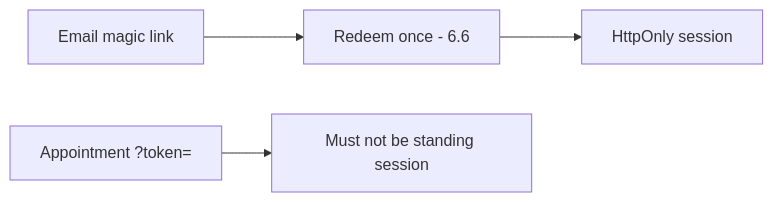
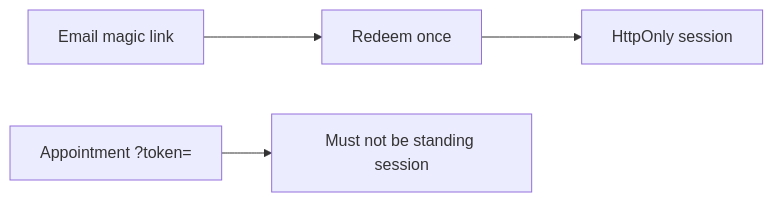
The diagram in content/modules/4/4.3/lessons/07-transfer.md (ishitvagoel/LearnSecurity), drawn with Mermaid before and after one commit. The commit also changed other lines of this file and 39 other files, not shown here.

````diff
--- a/content/modules/4/4.3/lessons/07-transfer.md
+++ b/content/modules/4/4.3/lessons/07-transfer.md
@@ -26,6 +25,6 @@
 ```mermaid
 flowchart LR
-  Mail[Email magic link] --> Once["Redeem once - 6.6"]
+  Mail[Email magic link] --> Once["Redeem once"]
   Once --> Cookie["HttpOnly session"]
   Deep["Appointment ?token="] --> Deny[Must not be standing session]
 ```
````
